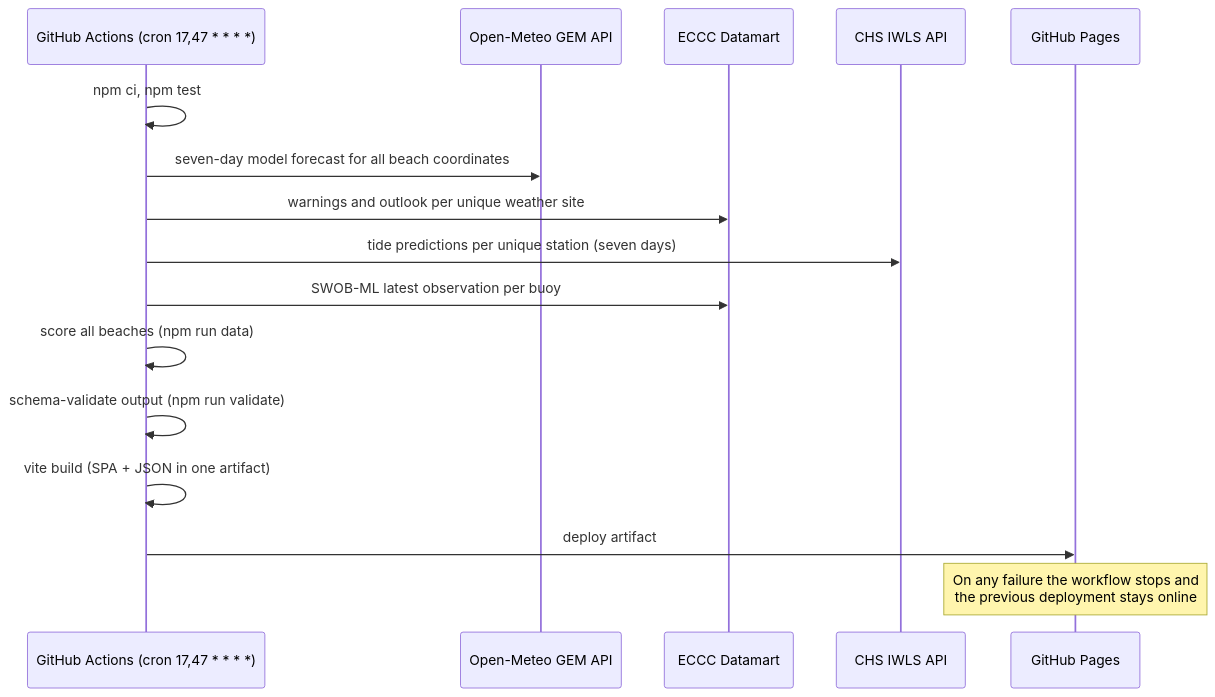
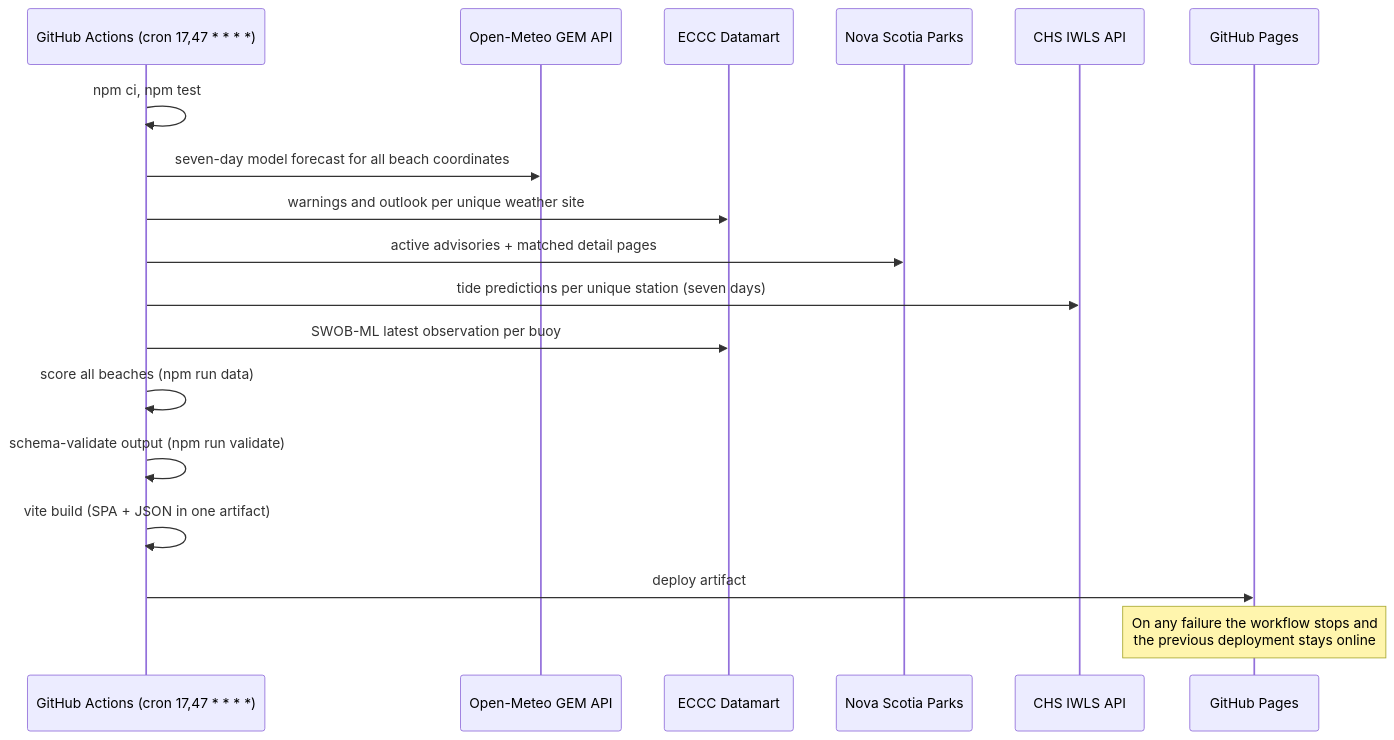
One commit to gruberb/whenshouldigotothebeach changed the second of 2 diagrams in docs/ARCHITECTURE.md. Above: the diagram before and after it, drawn with Mermaid. The commit also changed other lines of this file and 21 other files, not shown here.

````diff
--- a/docs/ARCHITECTURE.md
+++ b/docs/ARCHITECTURE.md
@@ -189,19 +199,21 @@
 ```mermaid
 sequenceDiagram
     participant GH as GitHub Actions (cron 17,47 * * * *)
     participant GEM as Open-Meteo GEM API
     participant DM as ECCC Datamart
+    participant NSP as Nova Scotia Parks
     participant IWLS as CHS IWLS API
     participant Pages as GitHub Pages
 
     GH->>GH: npm ci, npm test
     GH->>GEM: seven-day model forecast for all beach coordinates
     GH->>DM: warnings and outlook per unique weather site
+    GH->>NSP: active advisories + matched detail pages
     GH->>IWLS: tide predictions per unique station (seven days)
     GH->>DM: SWOB-ML latest observation per buoy
     GH->>GH: score all beaches (npm run data)
     GH->>GH: schema-validate output (npm run validate)
     GH->>GH: vite build (SPA + JSON in one artifact)
     GH->>Pages: deploy artifact
     Note over Pages: On any failure the workflow stops and<br/>the previous deployment stays online
 ```
````
